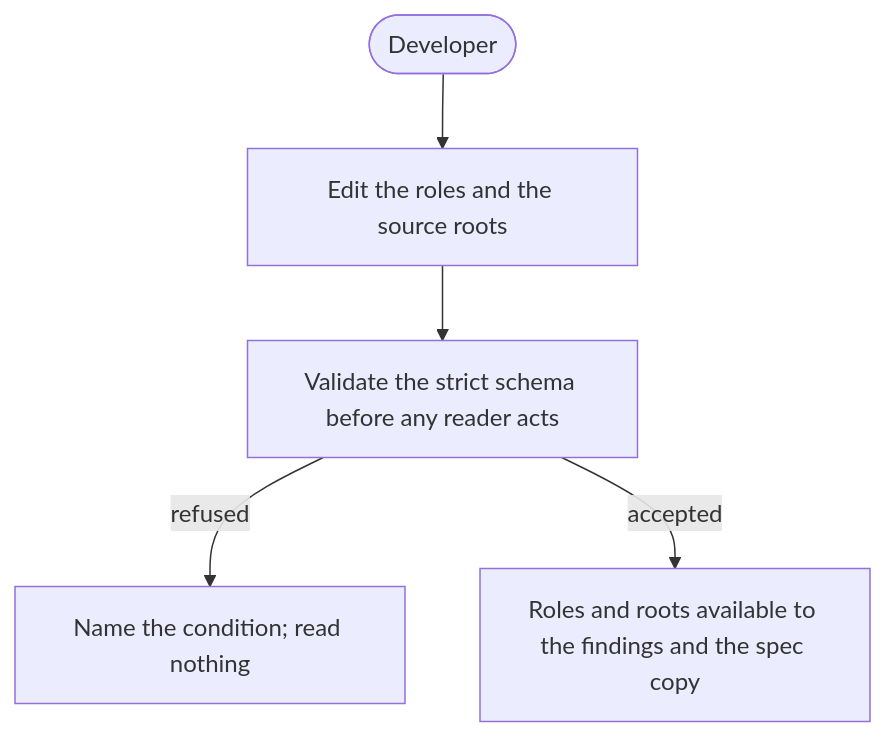
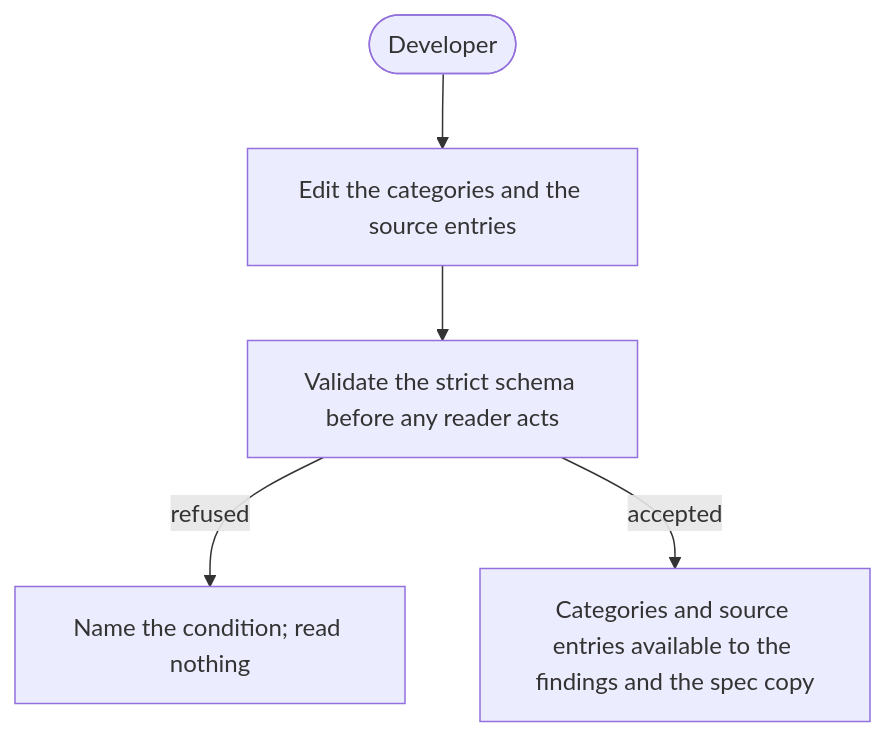
One commit to buster/givn changed the diagram in givn/specs/declare-the-specification/usecase.md. Above: the diagram before and after it, drawn with Mermaid. The commit also changed other lines of this file and 47 other files, not shown here.

````diff
--- a/givn/specs/declare-the-specification/usecase.md
+++ b/givn/specs/declare-the-specification/usecase.md
@@ -117,7 +117,7 @@
 ```mermaid
 flowchart TB
-  DEV([Developer]) --> EDIT["Edit the roles and the source roots"]
+  DEV([Developer]) --> EDIT["Edit the categories and the source entries"]
   EDIT --> VALIDATE["Validate the strict schema before any reader acts"]
   VALIDATE -->|refused| REFUSE["Name the condition; read nothing"]
-  VALIDATE -->|accepted| READERS["Roles and roots available to the findings and the spec copy"]
+  VALIDATE -->|accepted| READERS["Categories and source entries available to the findings and the spec copy"]
 ```
````
